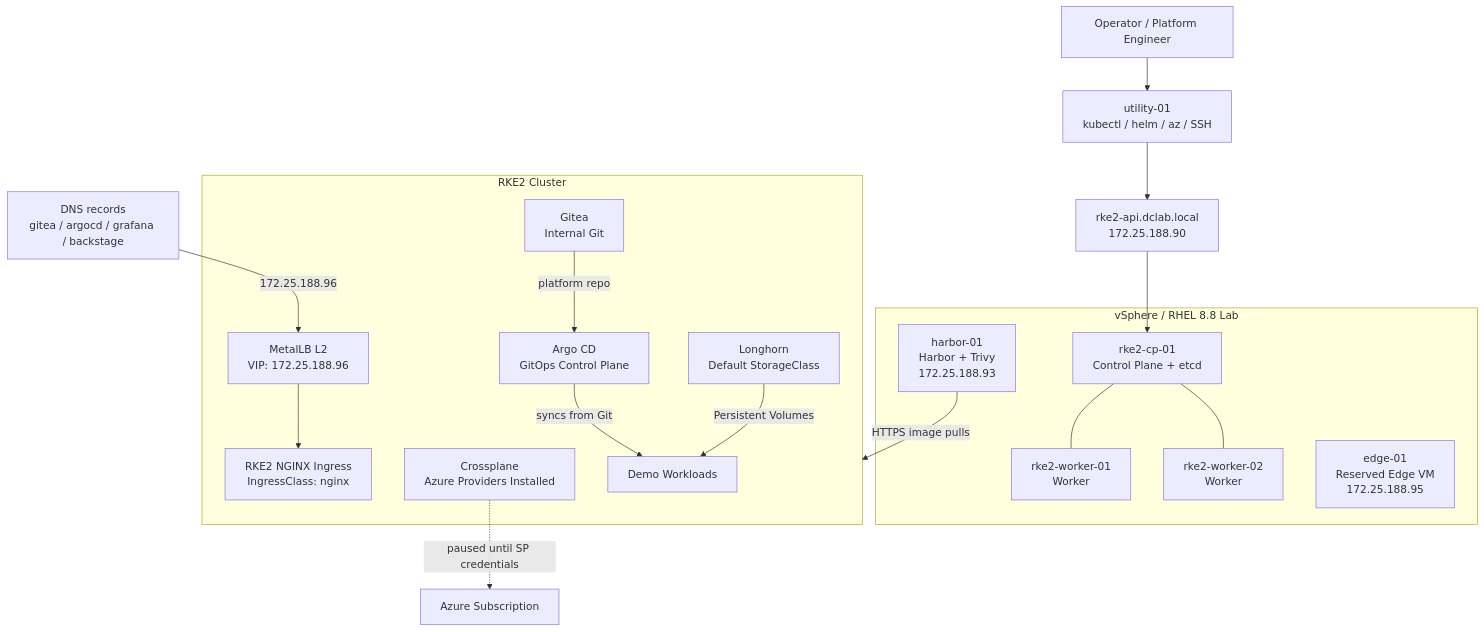
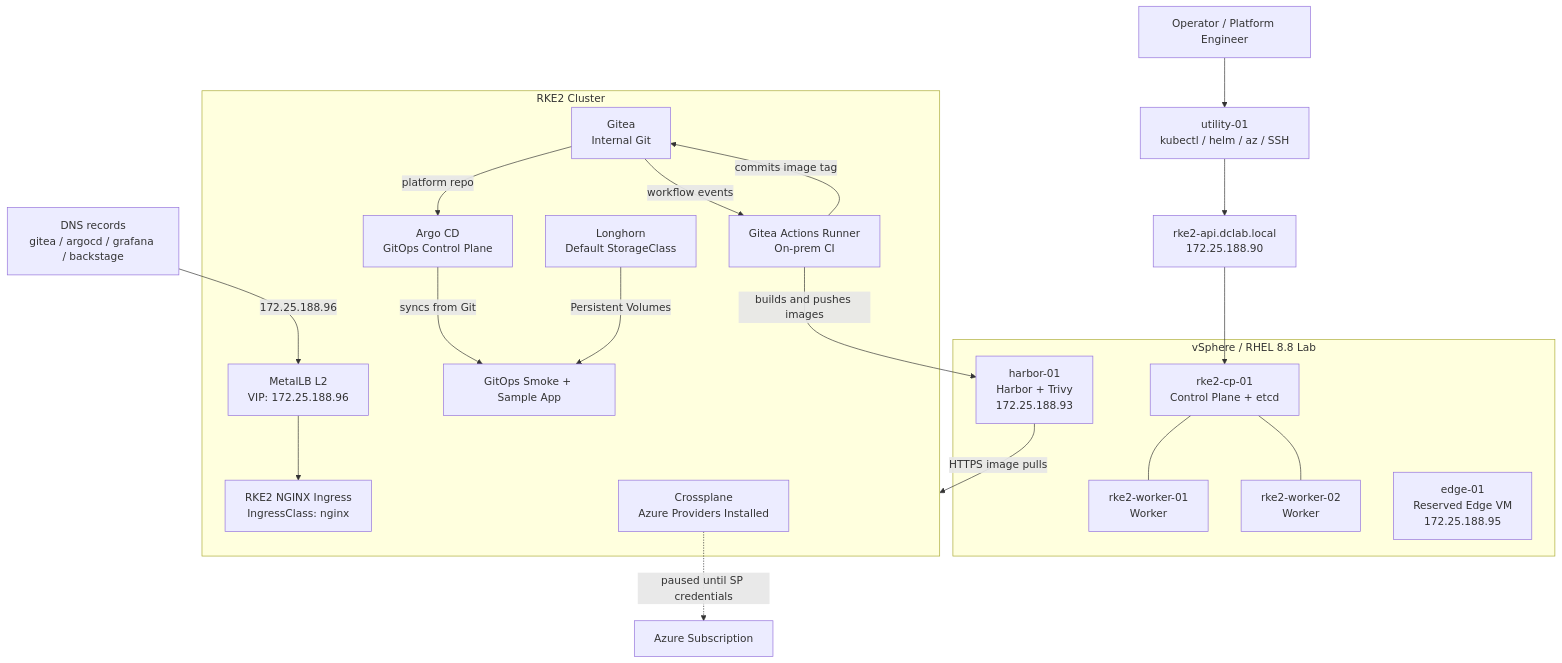
The diagram in README.md (Achi-456/vmware-azure-hybrid-idp), drawn with Mermaid before and after one commit. The commit also changed other lines of this file and 5 other files, not shown here.

Commit message:
docs: add phase 3d gitea actions runner

````diff
--- a/README.md
+++ b/README.md
@@ -15,36 +15,40 @@
 ```mermaid
 flowchart TB
   User[Operator / Platform Engineer] --> Utility[utility-01<br/>kubectl / helm / az / SSH]
   Utility --> API[rke2-api.dclab.local<br/>172.25.188.90]
 
   subgraph VMware[vSphere / RHEL 8.8 Lab]
     CP[rke2-cp-01<br/>Control Plane + etcd]
     W1[rke2-worker-01<br/>Worker]
     W2[rke2-worker-02<br/>Worker]
     Harbor[harbor-01<br/>Harbor + Trivy<br/>172.25.188.93]
     Edge[edge-01<br/>Reserved Edge VM<br/>172.25.188.95]
   end
 
   API --> CP
   CP --- W1
   CP --- W2
 
   subgraph K8s[RKE2 Cluster]
     Ingress[RKE2 NGINX Ingress<br/>IngressClass: nginx]
     MetalLB[MetalLB L2<br/>VIP: 172.25.188.96]
     Longhorn[Longhorn<br/>Default StorageClass]
     Gitea[Gitea<br/>Internal Git]
     ArgoCD[Argo CD<br/>GitOps Control Plane]
+    Runner[Gitea Actions Runner<br/>On-prem CI]
     Crossplane[Crossplane<br/>Azure Providers Installed]
-    Demo[Demo Workloads]
+    Demo[GitOps Smoke + Sample App]
   end
 
   Harbor -->|HTTPS image pulls| K8s
   Gitea -->|platform repo| ArgoCD
+  Gitea -->|workflow events| Runner
+  Runner -->|builds and pushes images| Harbor
+  Runner -->|commits image tag| Gitea
   ArgoCD -->|syncs from Git| Demo
   Longhorn -->|Persistent Volumes| Demo
   MetalLB --> Ingress
   DNS[DNS records<br/>gitea / argocd / grafana / backstage] -->|172.25.188.96| MetalLB
 
   Crossplane -. paused until SP credentials .-> Azure[Azure Subscription]
 ```
````
